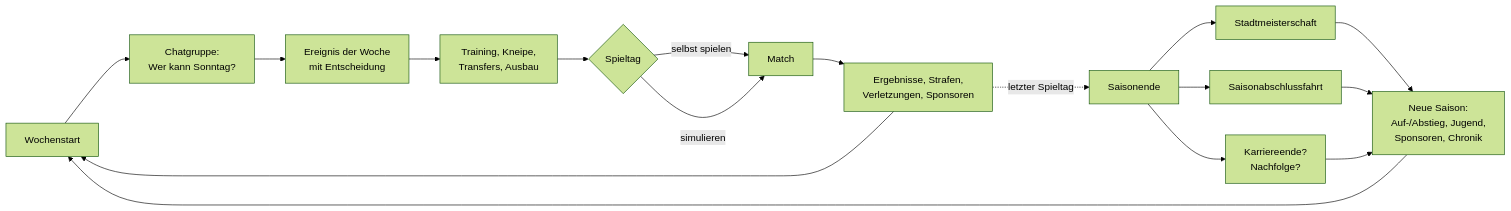
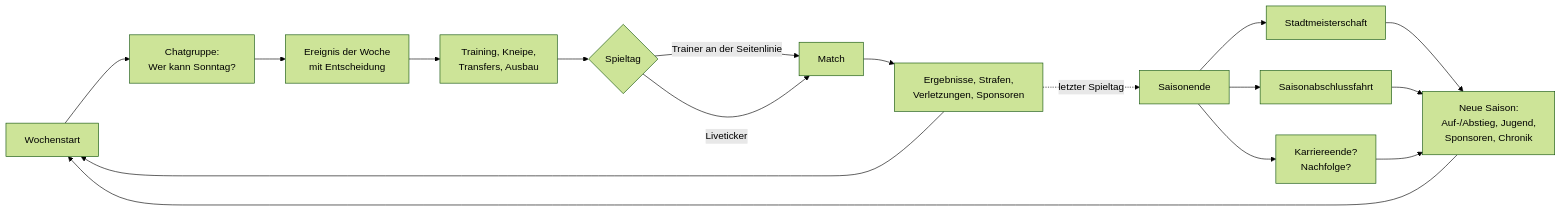
The first of 2 diagrams in docs/OVERVIEW.md (MrPavian/sunday-league), drawn with Mermaid (forest theme) before and after one commit. The commit also changed other lines of this file and 32 other files, not shown here.

````diff
--- a/docs/OVERVIEW.md
+++ b/docs/OVERVIEW.md
@@ -68,17 +69,17 @@
 ```mermaid
 flowchart LR
     A[Wochenstart] --> B[Chatgruppe:<br/>Wer kann Sonntag?]
     B --> C[Ereignis der Woche<br/>mit Entscheidung]
     C --> D[Training, Kneipe,<br/>Transfers, Ausbau]
     D --> E{Spieltag}
-    E -->|selbst spielen| F[Match]
-    E -->|simulieren| F
+    E -->|Trainer an der Seitenlinie| F[Match]
+    E -->|Liveticker| F
     F --> G[Ergebnisse, Strafen,<br/>Verletzungen, Sponsoren]
     G --> A
     G -.->|letzter Spieltag| H[Saisonende]
     H --> I[Stadtmeisterschaft]
     H --> J[Saisonabschlussfahrt]
     H --> K[Karriereende?<br/>Nachfolge?]
     I & J & K --> L[Neue Saison:<br/>Auf-/Abstieg, Jugend,<br/>Sponsoren, Chronik]
     L --> A
 ```
````
